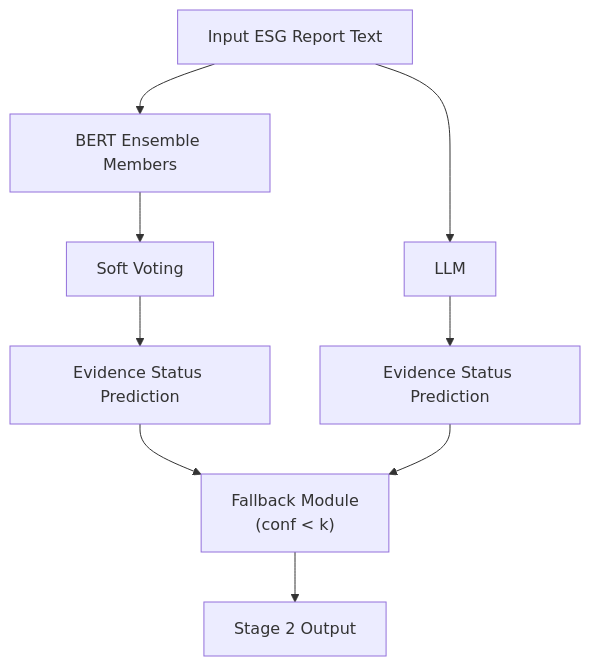
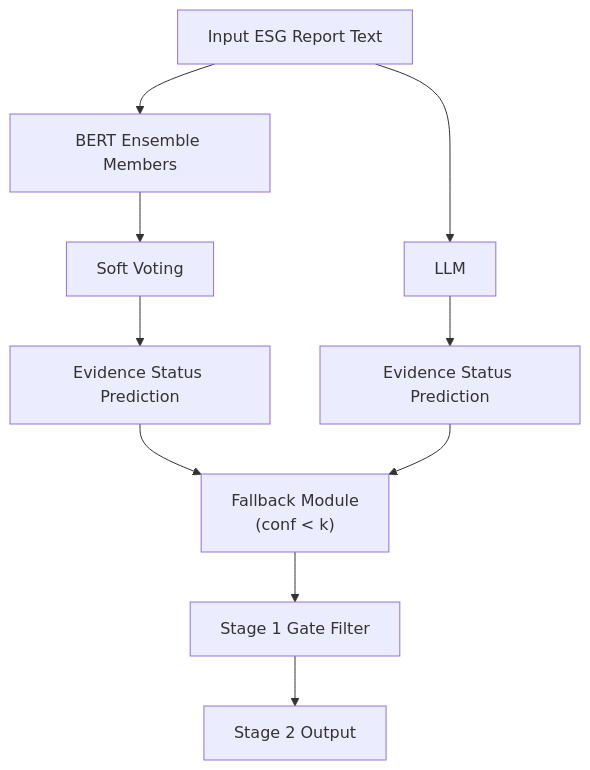
The second of 9 diagrams in README.md (yenhao-huang/AICUP_ESG2026), drawn with Mermaid before and after one commit. The commit also changed other lines of this file and 36 other files, not shown here.

````diff
--- a/README.md
+++ b/README.md
@@ -49,13 +56,14 @@
 ```mermaid
 flowchart TD
     Input["Input ESG Report Text"] --> BertMembers["BERT Ensemble Members"]
     BertMembers --> SoftVote["Soft Voting"]
     SoftVote --> PrimaryLabel["Evidence Status Prediction"]
     PrimaryLabel --> FallbackModule["Fallback Module<br/>(conf < k)"]
 
     Input --> LLM["LLM"]
     LLM --> FallbackLabel["Evidence Status Prediction"]
     FallbackLabel --> FallbackModule
 
-    FallbackModule --> Final["Stage 2 Output"]
+    FallbackModule --> Stage1Gate["Stage 1 Gate Filter"]
+    Stage1Gate --> Final["Stage 2 Output"]
 ```
````
